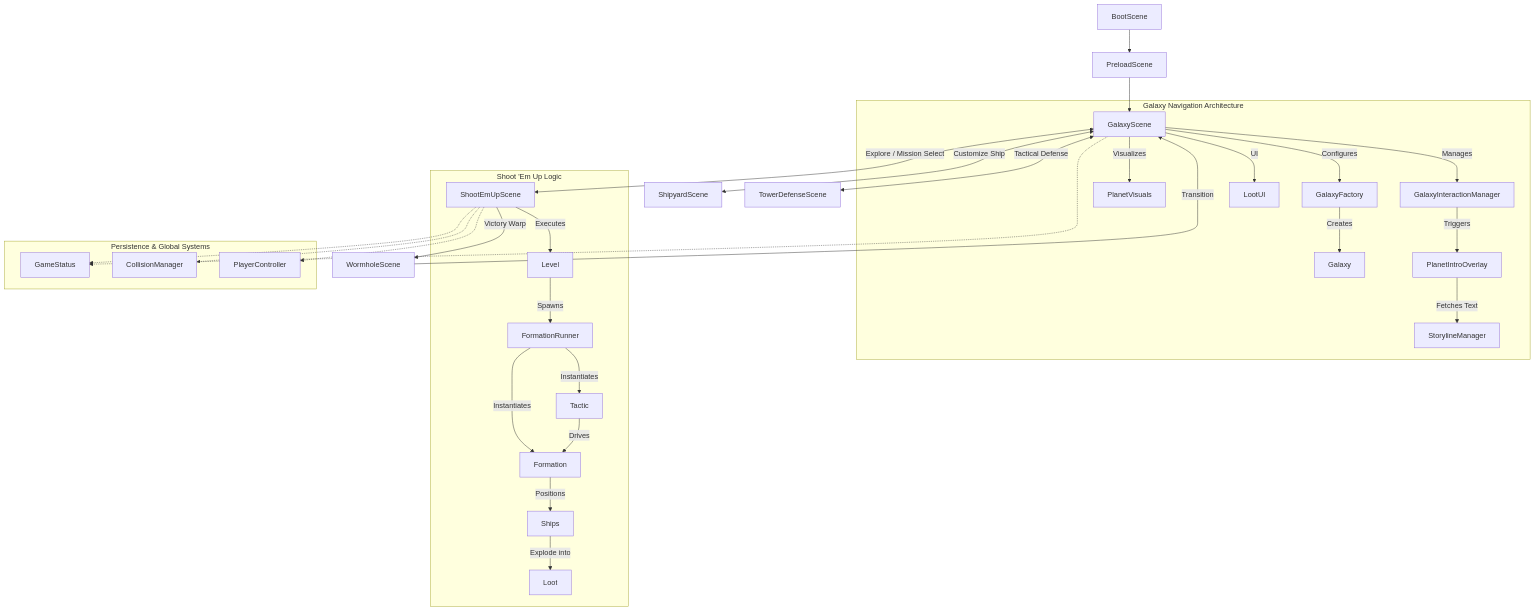
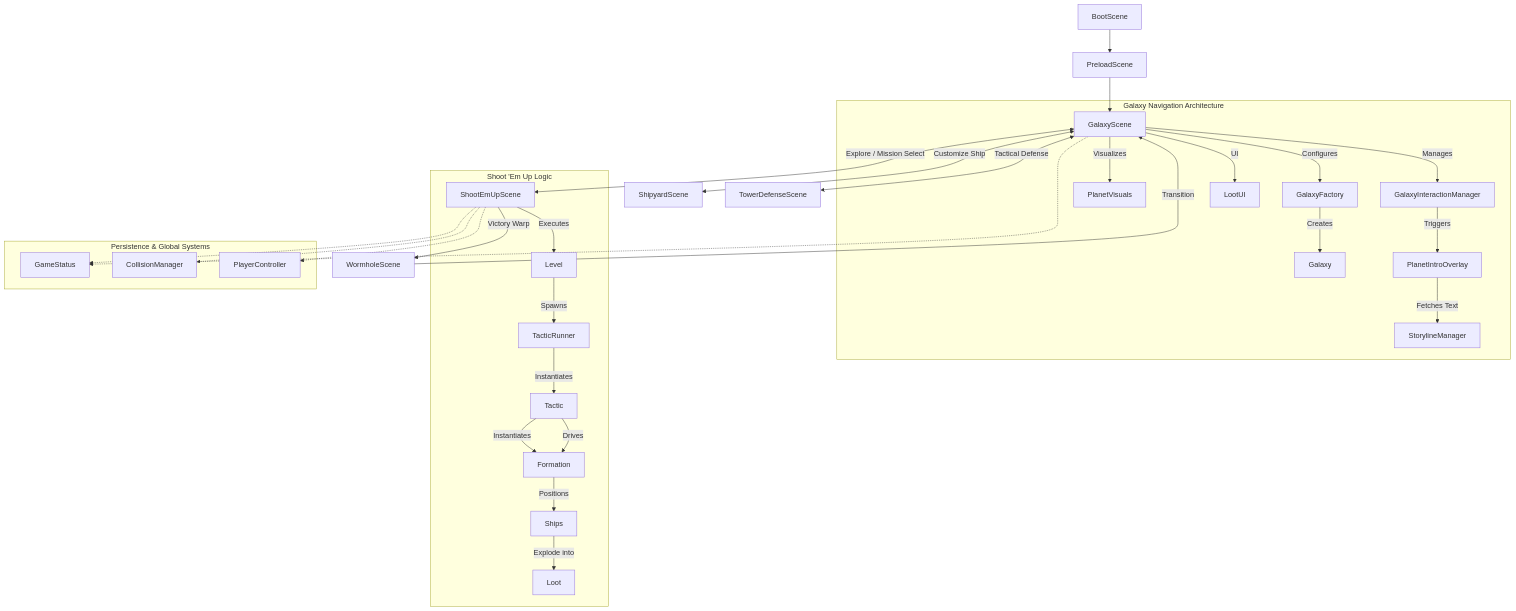
The diagram in TECHNICAL_README.md (pkcpkc/laser-phaser), drawn with Mermaid before and after one commit. The commit also changed other lines of this file and 11 other files, not shown here.

````diff
--- a/TECHNICAL_README.md
+++ b/TECHNICAL_README.md
@@ -46,46 +38,46 @@
 ```mermaid
 graph TD
     %% Global Initial Flow
     BootScene --> PreloadScene
     PreloadScene --> GalaxyScene
     
     %% Main Navigation
     GalaxyScene <--> |"Explore / Mission Select"| ShootEmUpScene
     GalaxyScene <--> |"Customize Ship"| ShipyardScene
     GalaxyScene <--> |"Tactical Defense"| TowerDefenseScene
     
     %% Warp Mechanics
     ShootEmUpScene --> |"Victory Warp"| WormholeScene
     WormholeScene --> |"Transition"| GalaxyScene
     
     subgraph "Galaxy Navigation Architecture"
         GalaxyScene --> |"Configures"| GalaxyFactory
         GalaxyFactory --> |"Creates"| Galaxy
         GalaxyScene --> |"Visualizes"| PlanetVisuals
         GalaxyScene --> |"Manages"| GalaxyInteractionManager
         GalaxyScene --> |"UI"| LootUI
         GalaxyInteractionManager --> |"Triggers"| PlanetIntroOverlay
         PlanetIntroOverlay --> |"Fetches Text"| StorylineManager
     end
 
     subgraph "Shoot 'Em Up Logic"
         ShootEmUpScene --> |"Executes"| Level
-        Level --> |"Spawns"| FormationRunner
-        FormationRunner --> |"Instantiates"| Formation
-        FormationRunner --> |"Instantiates"| Tactic
+        Level --> |"Spawns"| TacticRunner
+        TacticRunner --> |"Instantiates"| Tactic
+        Tactic --> |"Instantiates"| Formation
         Tactic --> |"Drives"| Formation
         Formation --> |"Positions"| Ships
         Ships --> |"Explode into"| Loot
     end
     
     subgraph "Persistence & Global Systems"
         GameStatus["GameStatus"]
         CollisionManager["CollisionManager"]
         PlayerController["PlayerController"]
     end
 
     GalaxyScene -.-> GameStatus
     ShootEmUpScene -.-> GameStatus
     ShootEmUpScene -.-> CollisionManager
     ShootEmUpScene -.-> PlayerController
 ```
````
